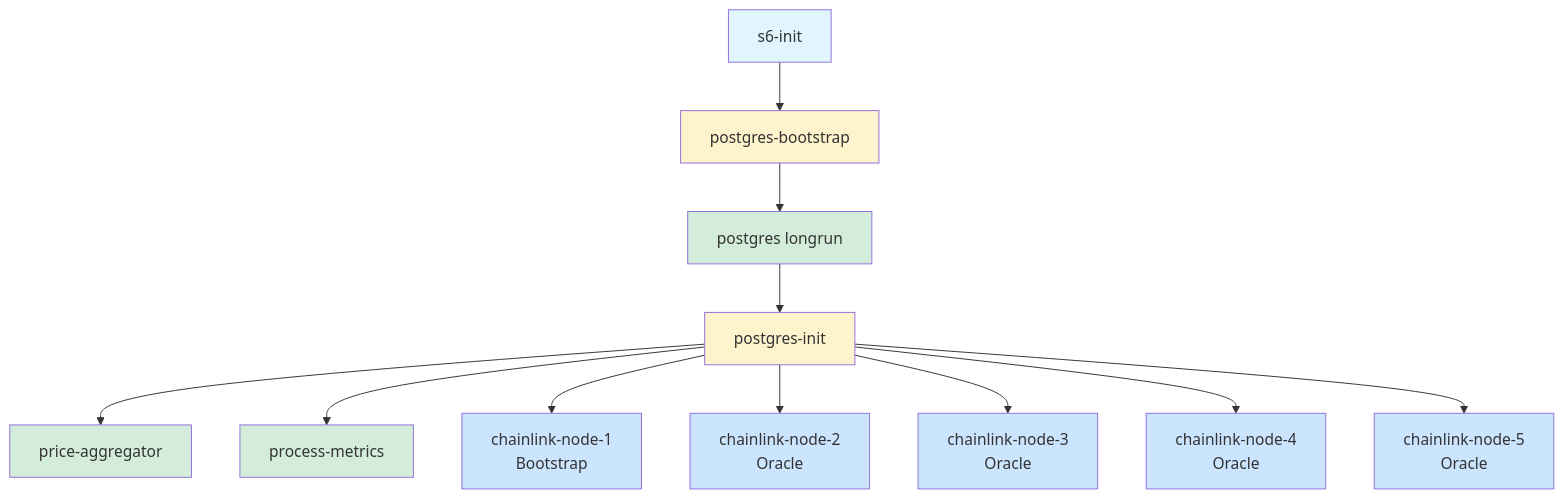
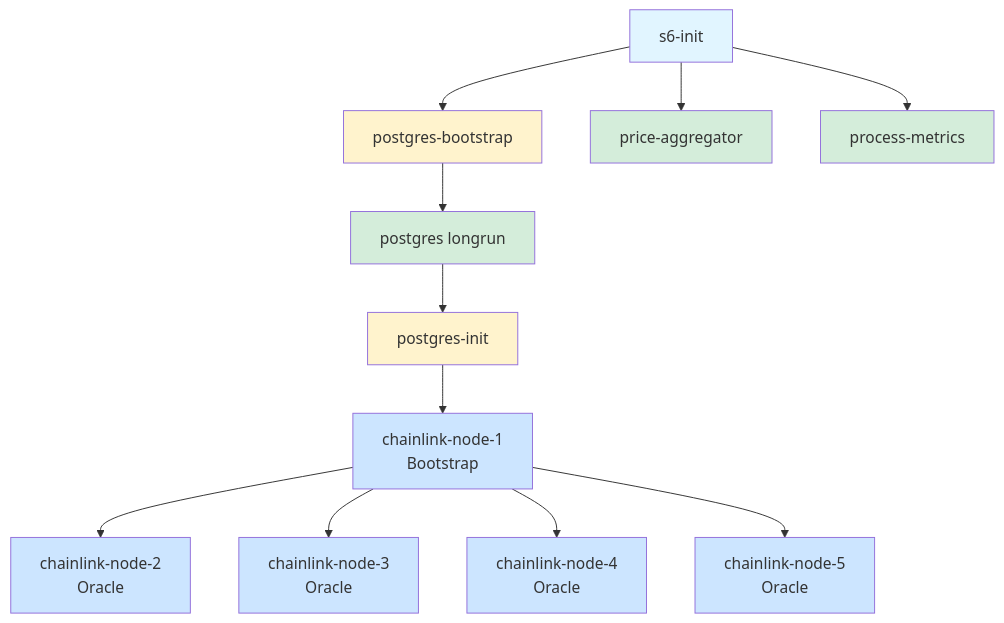
Before and after one commit to Super-Protocol/chainlink: the third of 9 diagrams in docs/ARCHITECTURE.md, drawn with Mermaid. The commit also changed other lines of this file and 11 other files, not shown here.

````diff
--- a/docs/ARCHITECTURE.md
+++ b/docs/ARCHITECTURE.md
@@ -143,25 +149,25 @@
 ```mermaid
 graph TD
-    A[s6-init] --> B[postgres-bootstrap]
-    B --> C[postgres longrun]
-    C --> D[postgres-init]
-    D --> E[price-aggregator]
-    D --> F[process-metrics]
-    D --> G[chainlink-node-1<br/>Bootstrap]
-    D --> H[chainlink-node-2<br/>Oracle]
-    D --> I[chainlink-node-3<br/>Oracle]
-    D --> J[chainlink-node-4<br/>Oracle]
-    D --> K[chainlink-node-5<br/>Oracle]
+  A[s6-init] --> B[postgres-bootstrap]
+  B --> C[postgres longrun]
+  C --> D[postgres-init]
+  A --> E[price-aggregator]
+  A --> F[process-metrics]
+  D --> G[chainlink-node-1<br/>Bootstrap]
+  G --> H[chainlink-node-2<br/>Oracle]
+  G --> I[chainlink-node-3<br/>Oracle]
+  G --> J[chainlink-node-4<br/>Oracle]
+  G --> K[chainlink-node-5<br/>Oracle]
 
-    style A fill:#e1f5ff
-    style B fill:#fff3cd
-    style C fill:#d4edda
-    style D fill:#fff3cd
-    style E fill:#d4edda
-    style F fill:#d4edda
-    style G fill:#cce5ff
-    style H fill:#cce5ff
-    style I fill:#cce5ff
-    style J fill:#cce5ff
-    style K fill:#cce5ff
+  style A fill:#e1f5ff
+  style B fill:#fff3cd
+  style C fill:#d4edda
+  style D fill:#fff3cd
+  style E fill:#d4edda
+  style F fill:#d4edda
+  style G fill:#cce5ff
+  style H fill:#cce5ff
+  style I fill:#cce5ff
+  style J fill:#cce5ff
+  style K fill:#cce5ff
 ```
````
